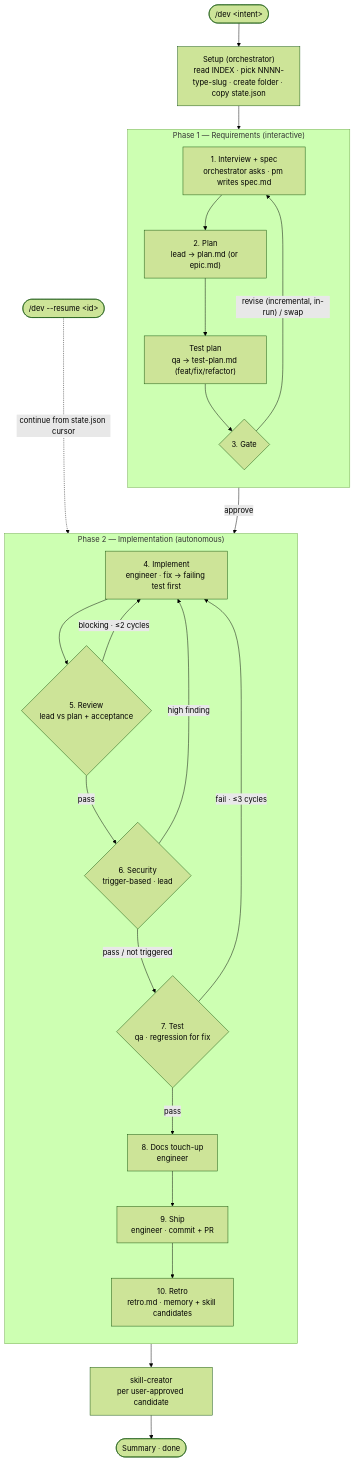
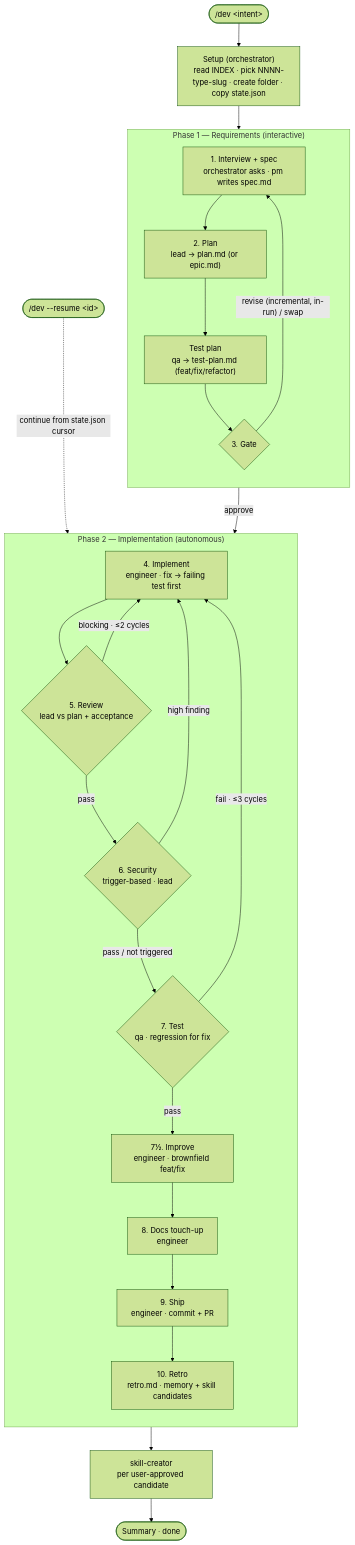
One commit to Maximumsoft-Co-LTD/claude-foundation changed the diagram in WORKFLOW.md. Above: the diagram before and after it, drawn with Mermaid (forest theme). The commit also changed other lines of this file and 26 other files, not shown here.

First line of the commit message:
feat(dev): greenfield/brownfield field axis + improve phase 7½

````diff
--- a/WORKFLOW.md
+++ b/WORKFLOW.md
@@ -13,41 +13,42 @@
 ```mermaid
 flowchart TD
     Start(["/dev &lt;intent&gt;"]) --> Setup["Setup (orchestrator)<br/>read INDEX · pick NNNN-type-slug · create folder · copy state.json"]
 
     subgraph P1["Phase 1 — Requirements (interactive)"]
         direction TB
         S1["1. Interview + spec<br/>orchestrator asks · pm writes spec.md"]
         S2["2. Plan<br/>lead → plan.md (or epic.md)"]
         S2T["Test plan<br/>qa → test-plan.md (feat/fix/refactor)"]
         S3{"3. Gate"}
         S1 --> S2 --> S2T --> S3
     end
 
     Setup --> S1
     S3 -- "revise (incremental, in-run) / swap" --> S1
     S3 -- "approve" --> S4
 
     subgraph P2["Phase 2 — Implementation (autonomous)"]
         direction TB
         S4["4. Implement<br/>engineer · fix → failing test first"]
         S5{"5. Review<br/>lead vs plan + acceptance"}
         S6{"6. Security<br/>trigger-based · lead"}
         S7{"7. Test<br/>qa · regression for fix"}
+        S7H["7½. Improve<br/>engineer · brownfield feat/fix"]
         S8["8. Docs touch-up<br/>engineer"]
         S9["9. Ship<br/>engineer · commit + PR"]
         S10["10. Retro<br/>retro.md · memory + skill candidates"]
         S4 --> S5
         S5 -- "pass" --> S6
         S6 -- "pass / not triggered" --> S7
-        S7 -- "pass" --> S8 --> S9 --> S10
+        S7 -- "pass" --> S7H --> S8 --> S9 --> S10
     end
 
     S5 -- "blocking · ≤2 cycles" --> S4
     S6 -- "high finding" --> S4
     S7 -- "fail · ≤3 cycles" --> S4
 
     S10 --> Skill["skill-creator<br/>per user-approved candidate"]
     Skill --> Done(["Summary · done"])
 
     Resume(["/dev --resume &lt;id&gt;"]) -. "continue from state.json cursor" .-> P2
 ```
````
